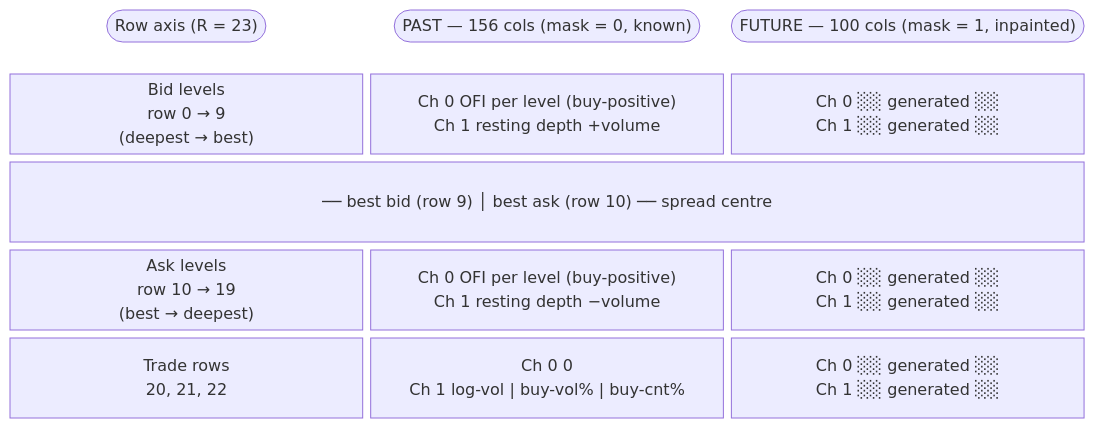
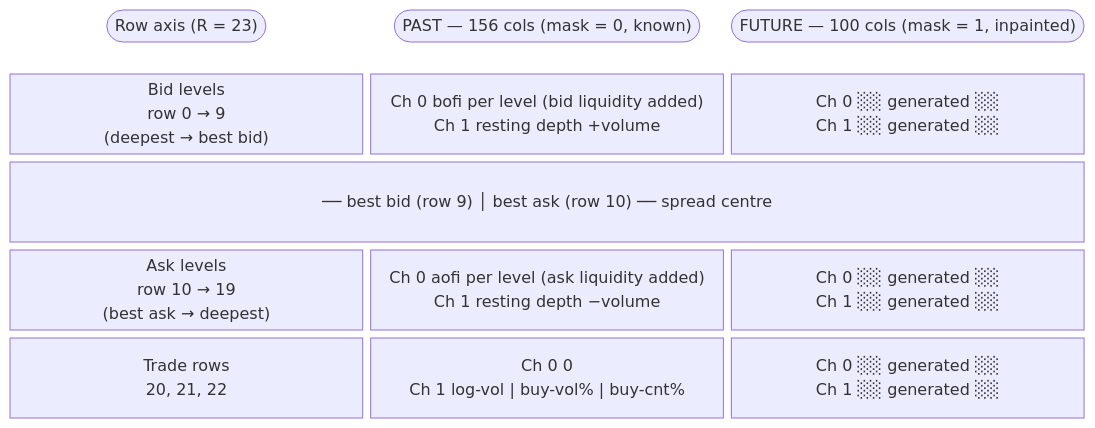
Before and after one commit to ArshiAbolghasemi/Penny: the first of 4 diagrams in README.md, drawn with Mermaid. The commit also changed other lines of this file and 47 other files, not shown here.

````diff
--- a/README.md
+++ b/README.md
@@ -129,21 +103,21 @@
 ```mermaid
 block-beta
   columns 3
   rl(["Row axis  (R = 23)"]):1
   past(["PAST — 156 cols  (mask = 0, known)"]):1
   future(["FUTURE — 100 cols  (mask = 1, inpainted)"]):1
 
-  bid_label["Bid levels\nrow 0 → 9\n(deepest → best)"]:1
-  bid_past["Ch 0  OFI per level  (buy-positive)\nCh 1  resting depth  +volume"]:1
+  bid_label["Bid levels\nrow 0 → 9\n(deepest → best bid)"]:1
+  bid_past["Ch 0  bofi per level  (bid liquidity added)\nCh 1  resting depth  +volume"]:1
   bid_fut["Ch 0  ░░ generated ░░\nCh 1  ░░ generated ░░"]:1
 
   sp["── best bid (row 9)  │  best ask (row 10) ── spread centre"]:3
 
-  ask_label["Ask levels\nrow 10 → 19\n(best → deepest)"]:1
-  ask_past["Ch 0  OFI per level  (buy-positive)\nCh 1  resting depth  −volume"]:1
+  ask_label["Ask levels\nrow 10 → 19\n(best ask → deepest)"]:1
+  ask_past["Ch 0  aofi per level  (ask liquidity added)\nCh 1  resting depth  −volume"]:1
   ask_fut["Ch 0  ░░ generated ░░\nCh 1  ░░ generated ░░"]:1
 
   tr_label["Trade rows\n20, 21, 22"]:1
   tr_past["Ch 0  0\nCh 1  log-vol  |  buy-vol%  |  buy-cnt%"]:1
   tr_fut["Ch 0  ░░ generated ░░\nCh 1  ░░ generated ░░"]:1
 ```
````
